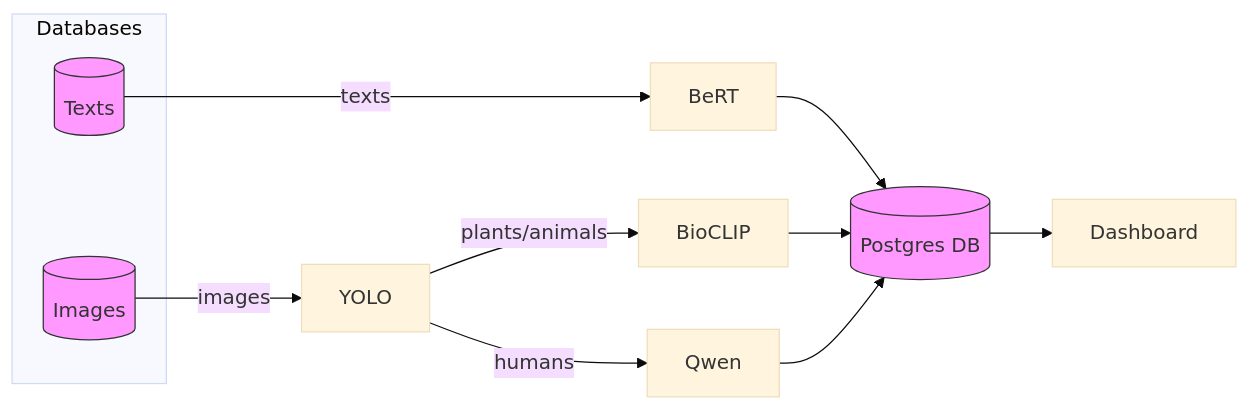
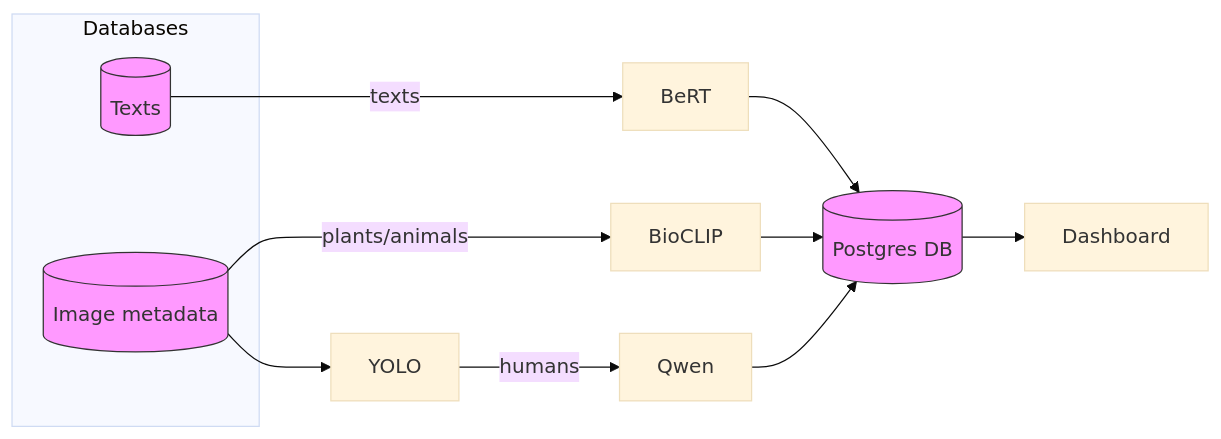
Before and after one commit to Data-Science-Project-2026/ProjectNew: the diagram in documentation/pipeline.md, drawn with Mermaid (base theme). The commit also changed other lines of this file and 22 other files, not shown here.

````diff
--- a/documentation/pipeline.md
+++ b/documentation/pipeline.md
@@ -5,22 +5,22 @@
 ```mermaid
 flowchart LR
  subgraph Databases
   TextDB[(Texts)]
-  ImageDB[(Images)]
+  ImageDB[(Image metadata)]
  end
 
  TextDB -->|texts| BERT[BeRT]
  BERT -->Postgres[(Postgres DB)]
 
- ImageDB -->|images| YOLO[YOLO]
- YOLO -->|plants/animals| BioCLIP[BioCLIP]
+ ImageDB --> YOLO[YOLO]
+ ImageDB -->|plants/animals| BioCLIP[BioCLIP]
  YOLO -->|humans| Qwen[Qwen]
 
  BioCLIP -->Postgres
  Qwen -->Postgres
 
  Postgres -->Dashboard[Dashboard]
 
  classDef db fill:#f9f,stroke:#333,stroke-width:1px;
  class TextDB,ImageDB,Postgres db;
 ```
````
